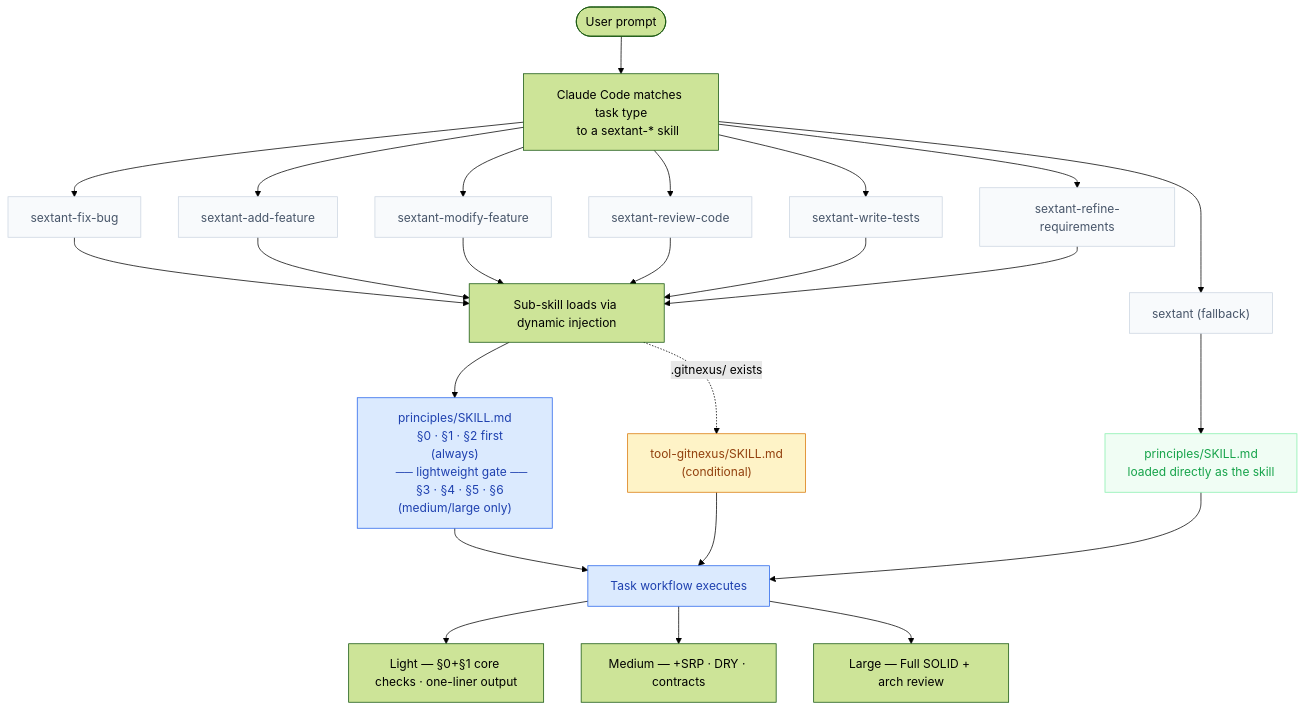
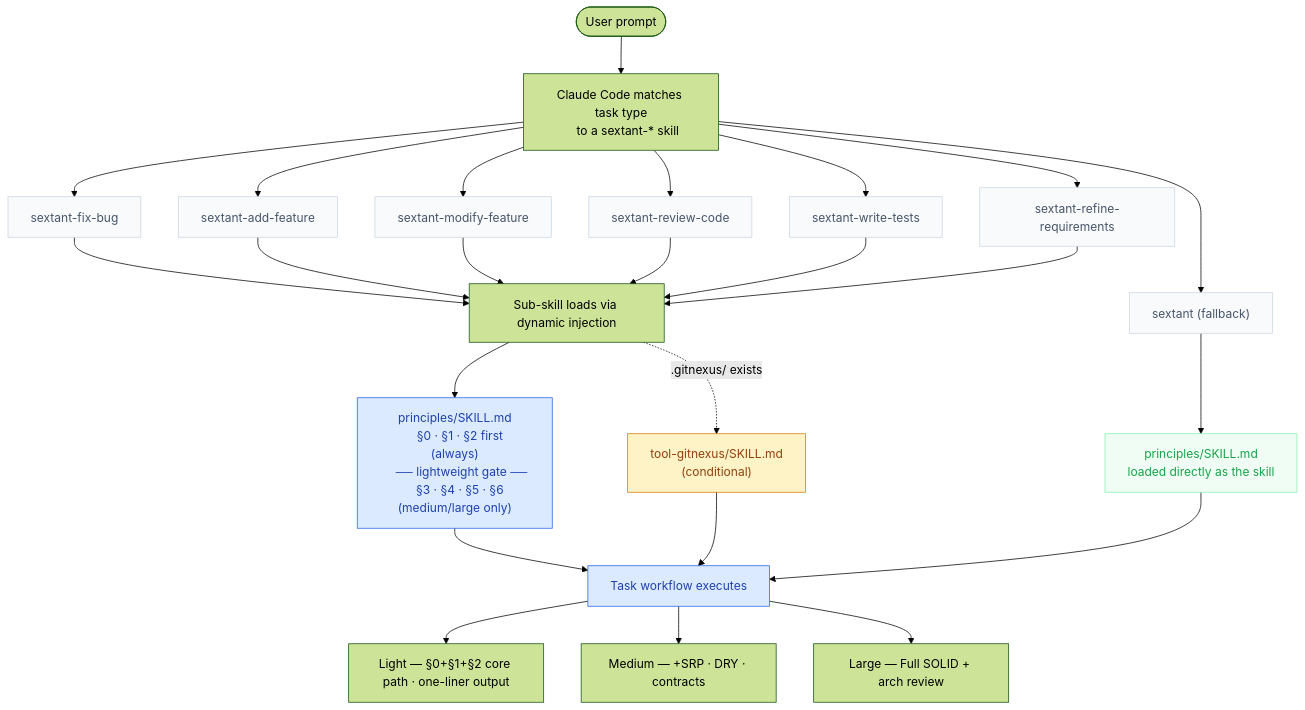
The diagram in README.md (hellotern/Sextant), drawn with Mermaid (forest theme) before and after one commit. The commit also changed 3 other files, not shown here.

Commit message:
Adjust sequence number

````diff
--- a/README.md
+++ b/README.md
@@ -62,42 +62,42 @@
 ```mermaid
 flowchart TD
     A(["User prompt"]) --> B
 
     B["Claude Code matches task type
     to a sextant-* skill"]
     B --> R1["sextant-fix-bug"]
     B --> R2["sextant-add-feature"]
     B --> R3["sextant-modify-feature"]
     B --> R4["sextant-review-code"]
     B --> R5["sextant-write-tests"]
     B --> R6["sextant-refine-requirements"]
     B --> R7["sextant (fallback)"]
 
     R1 & R2 & R3 & R4 & R5 & R6 --> C
     R7 --> F["principles/SKILL.md
     loaded directly as the skill"]
 
     C["Sub-skill loads via dynamic injection"]
     C --> P["principles/SKILL.md
     §0 · §1 · §2 first (always)
     ── lightweight gate ──
     §3 · §4 · §5 · §6 (medium/large only)"]
     C -.->|.gitnexus/ exists| GN["tool-gitnexus/SKILL.md
     (conditional)"]
     P & GN --> D["Task workflow executes"]
     F --> D
 
-    D --> S1["Light — §0+§1 core checks · one-liner output"]
+    D --> S1["Light — §0+§1+§2 core path · one-liner output"]
     D --> S2["Medium — +SRP · DRY · contracts"]
     D --> S3["Large — Full SOLID + arch review"]
 
     classDef skill       fill:#f8fafc,stroke:#cbd5e1,color:#475569
     classDef inject      fill:#dbeafe,stroke:#2563eb,color:#1e40af
     classDef conditional fill:#fef3c7,stroke:#d97706,color:#92400e
     classDef fallback    fill:#f0fdf4,stroke:#86efac,color:#16a34a
 
     class R1,R2,R3,R4,R5,R6,R7 skill
     class P,D inject
     class GN conditional
     class F fallback
 ```
````
